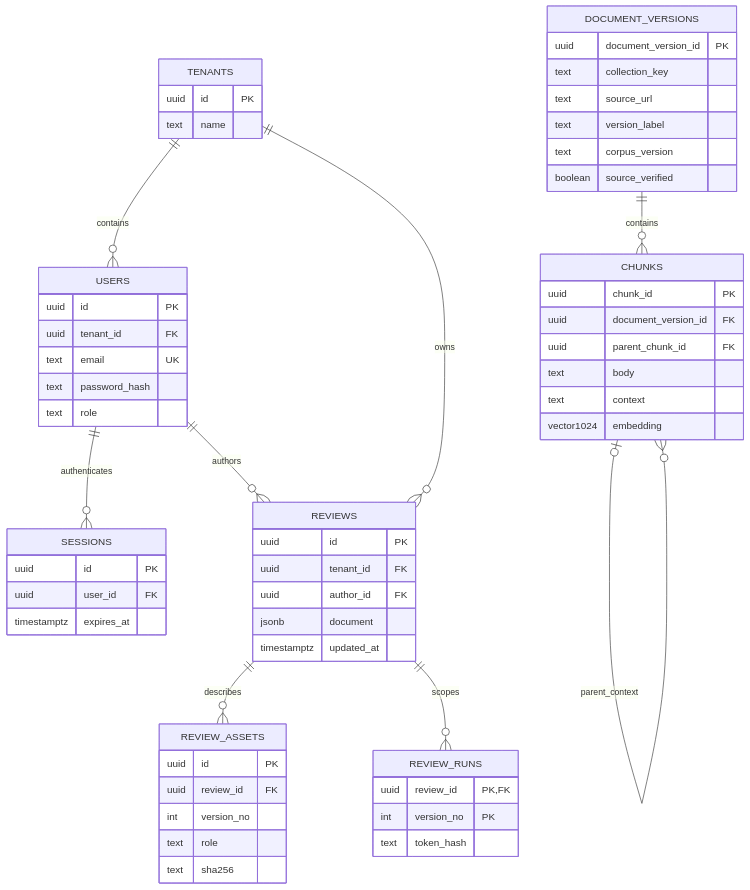
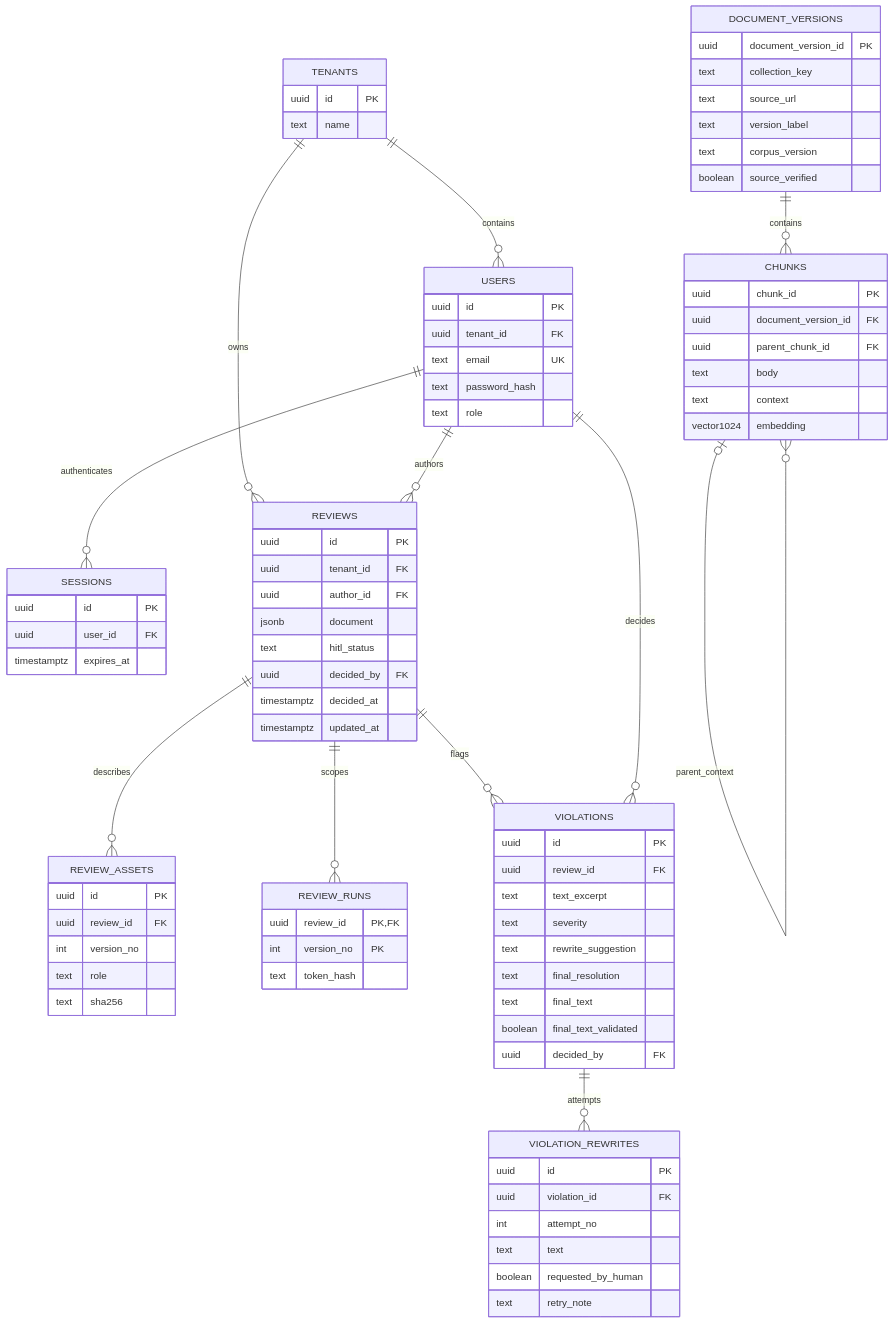
Before and after one commit to SKALA-AI-Agent-Capstone/backend: the diagram in docs/04-data.md, drawn with Mermaid. The commit also changed other lines of this file and 1 other file, not shown here.

Commit message:
feat(db): add violation and rewrite tables with per-phrase HITL decisions
- app.violations: severity, latest rewrite, final resolution (kept/rewritten/rewritten_manual),
  validated final text and decider, cascading from app.reviews
- app.violation_rewrites: numbered attempts, human retry flag and note for the retry guardrail
- app.reviews: hitl_status, hitl_comment, decided_by, decided_at, backfilled from the latest
  JSONB approval (changes_requested becomes revision_requested)
- Tables are created only; the Agent, decision API and UI still use reviews.document

```diff
--- a/docs/04-data.md
+++ b/docs/04-data.md
@@ -130,6 +130,9 @@
     USERS ||--o{ REVIEWS : authors
     REVIEWS ||--o{ REVIEW_ASSETS : describes
     REVIEWS ||--o{ REVIEW_RUNS : scopes
+    REVIEWS ||--o{ VIOLATIONS : flags
+    VIOLATIONS ||--o{ VIOLATION_REWRITES : attempts
+    USERS ||--o{ VIOLATIONS : decides
     DOCUMENT_VERSIONS ||--o{ CHUNKS : contains
     CHUNKS o|--o{ CHUNKS : parent_context
     TENANTS {
@@ -153,7 +156,29 @@
       uuid tenant_id FK
       uuid author_id FK
       jsonb document
+      text hitl_status
+      uuid decided_by FK
+      timestamptz decided_at
       timestamptz updated_at
+    }
+    VIOLATIONS {
+      uuid id PK
+      uuid review_id FK
+      text text_excerpt
+      text severity
+      text rewrite_suggestion
+      text final_resolution
+      text final_text
+      boolean final_text_validated
+      uuid decided_by FK
+    }
+    VIOLATION_REWRITES {
+      uuid id PK
+      uuid violation_id FK
+      int attempt_no
+      text text
+      boolean requested_by_human
+      text retry_note
     }
     REVIEW_ASSETS {
       uuid id PK
```
